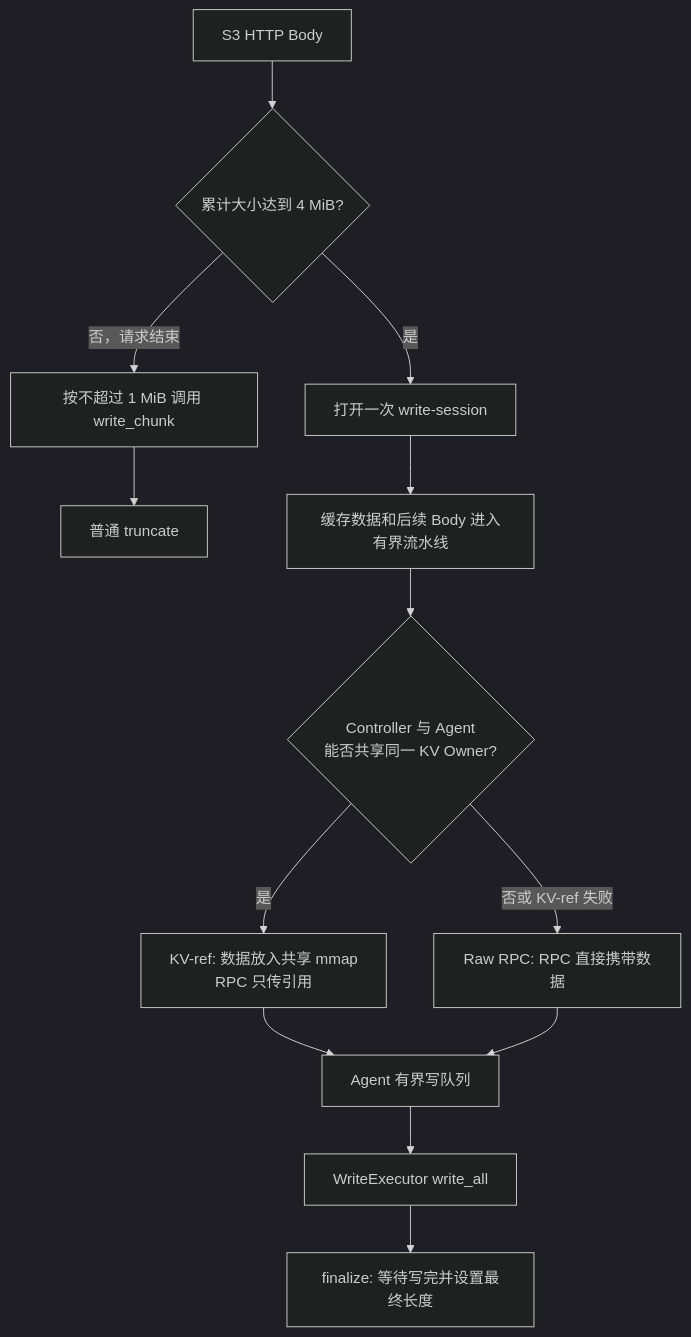
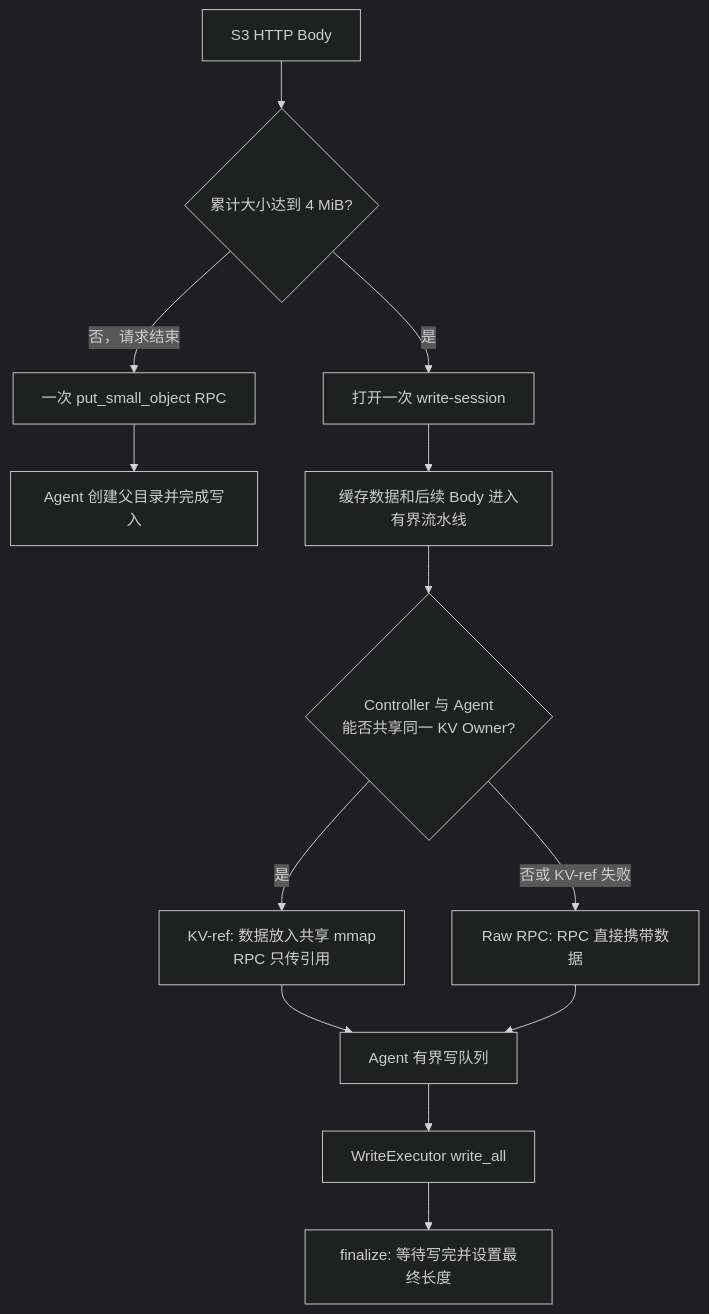
The first of 3 diagrams in fluxon_doc_cn/design/fs_s3_1_混合写入链路.md (Tele-AI/Fluxon), drawn with Mermaid (dark theme) before and after one commit. The commit also changed other lines of this file and 11 other files, not shown here.

````diff
--- a/fluxon_doc_cn/design/fs_s3_1_混合写入链路.md
+++ b/fluxon_doc_cn/design/fs_s3_1_混合写入链路.md
@@ -21,15 +24,15 @@
 ```mermaid
 flowchart TD
     A[S3 HTTP Body] --> B{累计大小达到 4 MiB?}
-    B -->|否，请求结束| C[按不超过 1 MiB 调用 write_chunk]
-    C --> D[普通 truncate]
+    B -->|否，请求结束| C[一次 put_small_object RPC]
+    C --> D[Agent 创建父目录并完成写入]
     B -->|是| E[打开一次 write-session]
     E --> F[缓存数据和后续 Body 进入有界流水线]
     F --> G{Controller 与 Agent<br/>能否共享同一 KV Owner?}
     G -->|是| H[KV-ref: 数据放入共享 mmap<br/>RPC 只传引用]
     G -->|否或 KV-ref 失败| I[Raw RPC: RPC 直接携带数据]
     H --> J[Agent 有界写队列]
     I --> J
     J --> K[WriteExecutor write_all]
     K --> L[finalize: 等待写完并设置最终长度]
 ```
````
